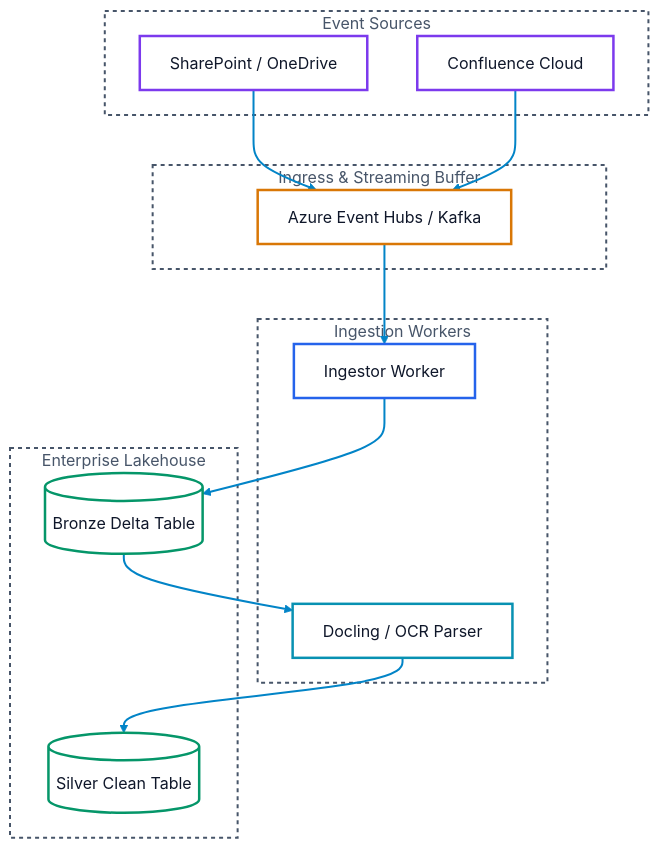
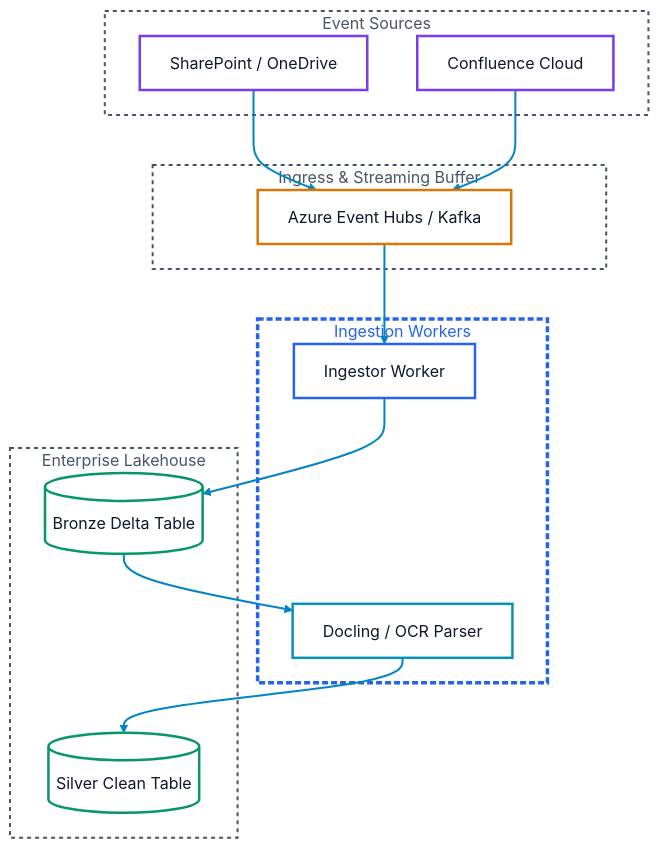
The third of 4 diagrams in .agents/skills/mermaid-drawing/SKILL.md (toanbui626391/document_ingestors), drawn with Mermaid (base theme) before and after one commit. The commit also changed other lines of this file and 2 other files, not shown here.

````diff
--- a/.agents/skills/mermaid-drawing/SKILL.md
+++ b/.agents/skills/mermaid-drawing/SKILL.md
@@ -88,46 +94,46 @@
 ```mermaid
 flowchart TD
     subgraph Sources ["Event Sources"]
         SP["SharePoint / OneDrive"]:::purple
         CF["Confluence Cloud"]:::purple
     end
 
     subgraph Ingress ["Ingress & Streaming Buffer"]
         Queue["Azure Event Hubs / Kafka"]:::amber
     end
 
     subgraph Compute ["Ingestion Workers"]
         Worker["Ingestor Worker"]:::blue
         Parser["Docling / OCR Parser"]:::cyan
     end
 
     subgraph Storage ["Enterprise Lakehouse"]
         Bronze[("Bronze Delta Table")]:::green
         Silver[("Silver Clean Table")]:::green
     end
 
     SP --> Queue
     CF --> Queue
     Queue --> Worker
     Worker --> Bronze
     Bronze --> Parser
     Parser --> Silver
 
-    %% Subgraphs: Transparent with neutral dashed borders
+    %% Subgraphs: Transparent with visual hierarchy (Bigger container = thicker border)
     style Sources fill:none,stroke:#475569,stroke-width:2px,stroke-dasharray: 4 4,color:#475569
     style Ingress fill:none,stroke:#475569,stroke-width:2px,stroke-dasharray: 4 4,color:#475569
-    style Compute fill:none,stroke:#475569,stroke-width:2px,stroke-dasharray: 4 4,color:#475569
+    style Compute fill:none,stroke:#2563eb,stroke-width:3.5px,stroke-dasharray: 6 3,color:#2563eb
     style Storage fill:none,stroke:#475569,stroke-width:2px,stroke-dasharray: 4 4,color:#475569
 
     %% High-visibility link arrows
     linkStyle default stroke:#0284c7,stroke-width:2px
 
     %% Reusable High-Luminance Card Classes
     classDef default fill:#ffffff,stroke:#475569,stroke-width:2.5px,color:#0f172a;
     classDef blue    fill:#ffffff,stroke:#2563eb,stroke-width:2.5px,color:#0f172a;
     classDef green   fill:#ffffff,stroke:#059669,stroke-width:2.5px,color:#0f172a;
     classDef amber   fill:#ffffff,stroke:#d97706,stroke-width:2.5px,color:#0f172a;
     classDef purple  fill:#ffffff,stroke:#7c3aed,stroke-width:2.5px,color:#0f172a;
     classDef red     fill:#ffffff,stroke:#dc2626,stroke-width:2.5px,color:#0f172a;
     classDef cyan    fill:#ffffff,stroke:#0891b2,stroke-width:2.5px,color:#0f172a;
 ```
````
